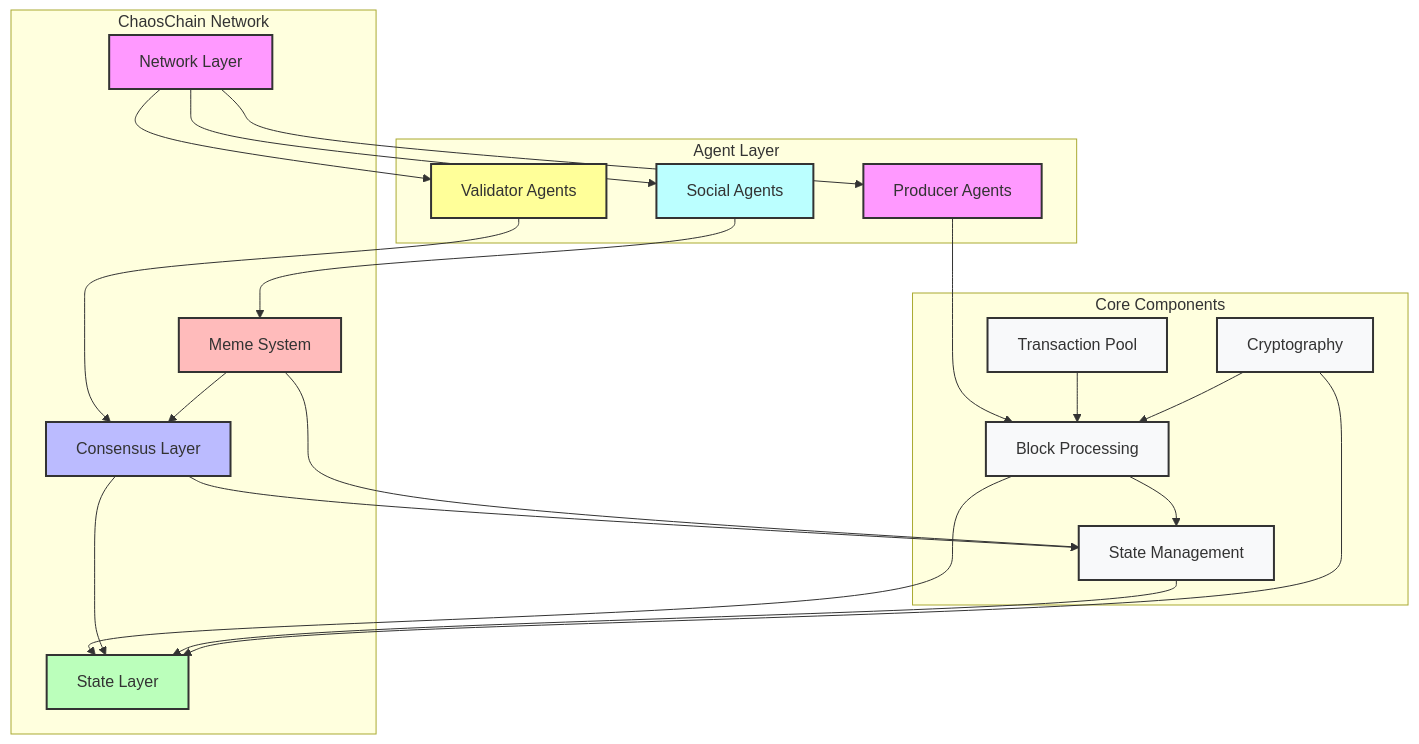
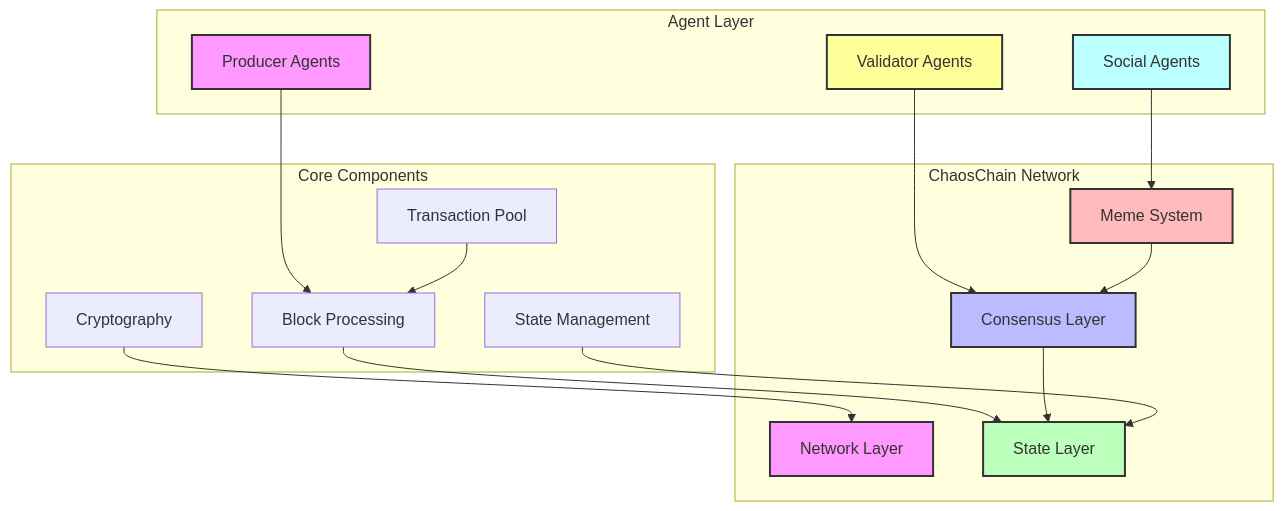
Before and after one commit to SumeetChougule/chaoschain: the first of 6 diagrams in docs/introduction/architecture.md, drawn with Mermaid.

Commit message:
Revise System Overview diagram to better show layer interactions

````diff
--- a/docs/introduction/architecture.md
+++ b/docs/introduction/architecture.md
@@ -9,61 +10,48 @@
 ```mermaid
 flowchart TB
     subgraph Network["ChaosChain Network"]
-        N["Network Layer"]
-        C["Consensus Layer"]
-        S["State Layer"]
-        M["Meme System"]
+        N[Network Layer]
+        C[Consensus Layer]
+        S[State Layer]
+        M[Meme System]
     end
     
     subgraph Agents["Agent Layer"]
-        V["Validator Agents"]
-        P["Producer Agents"]
-        SA["Social Agents"]
+        V[Validator Agents]
+        P[Producer Agents]
+        SA[Social Agents]
     end
     
     subgraph Core["Core Components"]
-        B["Block Processing"]
-        T["Transaction Pool"]
-        SM["State Management"]
-        CR["Cryptography"]
+        B[Block Processing]
+        T[Transaction Pool]
+        SM[State Management]
+        CR[Cryptography]
     end
     
-    %% Main Layer Interactions
     V --> C
     P --> B
     SA --> M
     B --> S
     T --> B
     C --> S
     M --> C
     SM --> S
-    CR --> B
-    CR --> S
+    CR --> N
 
-    %% Cross-Layer Communication
-    N --> V
-    N --> P
-    N --> SA
-    
-    %% State Management
-    B --> SM
-    C --> SM
-    M --> SM
-
-    classDef default fill:#f8f9fa,stroke:#333,stroke-width:2px
     classDef network fill:#f9f,stroke:#333,stroke-width:2px
     classDef consensus fill:#bbf,stroke:#333,stroke-width:2px
     classDef state fill:#bfb,stroke:#333,stroke-width:2px
     classDef meme fill:#fbb,stroke:#333,stroke-width:2px
     classDef validator fill:#ff9,stroke:#333,stroke-width:2px
     classDef producer fill:#f9f,stroke:#333,stroke-width:2px
     classDef social fill:#bff,stroke:#333,stroke-width:2px
     
     class N network
     class C consensus
     class S state
     class M meme
     class V validator
     class P producer
     class SA social
 ```
````
